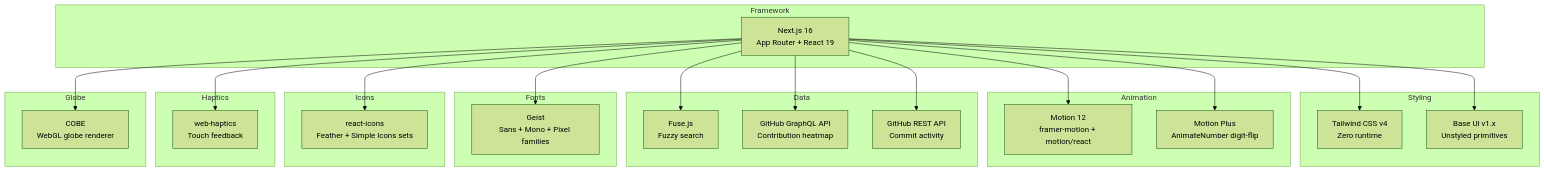
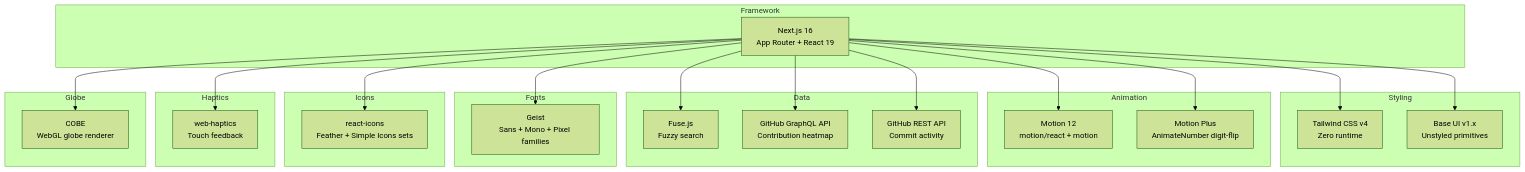
One commit to hoangngo-sudo/portfolio changed the second of 2 diagrams in README.md. Above: the diagram before and after it, drawn with Mermaid (forest theme). The commit also changed other lines of this file, not shown here.

````diff
--- a/README.md
+++ b/README.md
@@ -56,50 +56,50 @@
 ```mermaid
 graph TD
     subgraph Framework
         NEXT["Next.js 16<br/>App Router + React 19"]
     end
 
     subgraph Styling
         TW["Tailwind CSS v4<br/>Zero runtime"]
         BASEUI["Base UI v1.x<br/>Unstyled primitives"]
     end
 
     subgraph Animation
-        FM["Motion 12<br/>framer-motion + motion/react"] 
+        FM["Motion 12<br/>motion/react + motion"] 
         FMP["Motion Plus<br/>AnimateNumber digit-flip"]
     end
 
     subgraph Data
         FUSE["Fuse.js<br/>Fuzzy search"]
         GHAPI["GitHub GraphQL API<br/>Contribution heatmap"]
         GHREST["GitHub REST API<br/>Commit activity"]
     end
 
     subgraph Fonts
         GEIST["Geist<br/>Sans + Mono + Pixel families"]
     end
 
     subgraph Icons
         RI["react-icons<br/>Feather + Simple Icons sets"]
     end
 
     subgraph Haptics
         WH["web-haptics<br/>Touch feedback"]
     end
 
     subgraph Globe
         COBE["COBE<br/>WebGL globe renderer"]
     end
 
     NEXT --> TW
     NEXT --> BASEUI
     NEXT --> FM
     NEXT --> FMP
     NEXT --> FUSE
     NEXT --> GHAPI
     NEXT --> GHREST
     NEXT --> GEIST
     NEXT --> RI
     NEXT --> WH
     NEXT --> COBE
 ```
````
